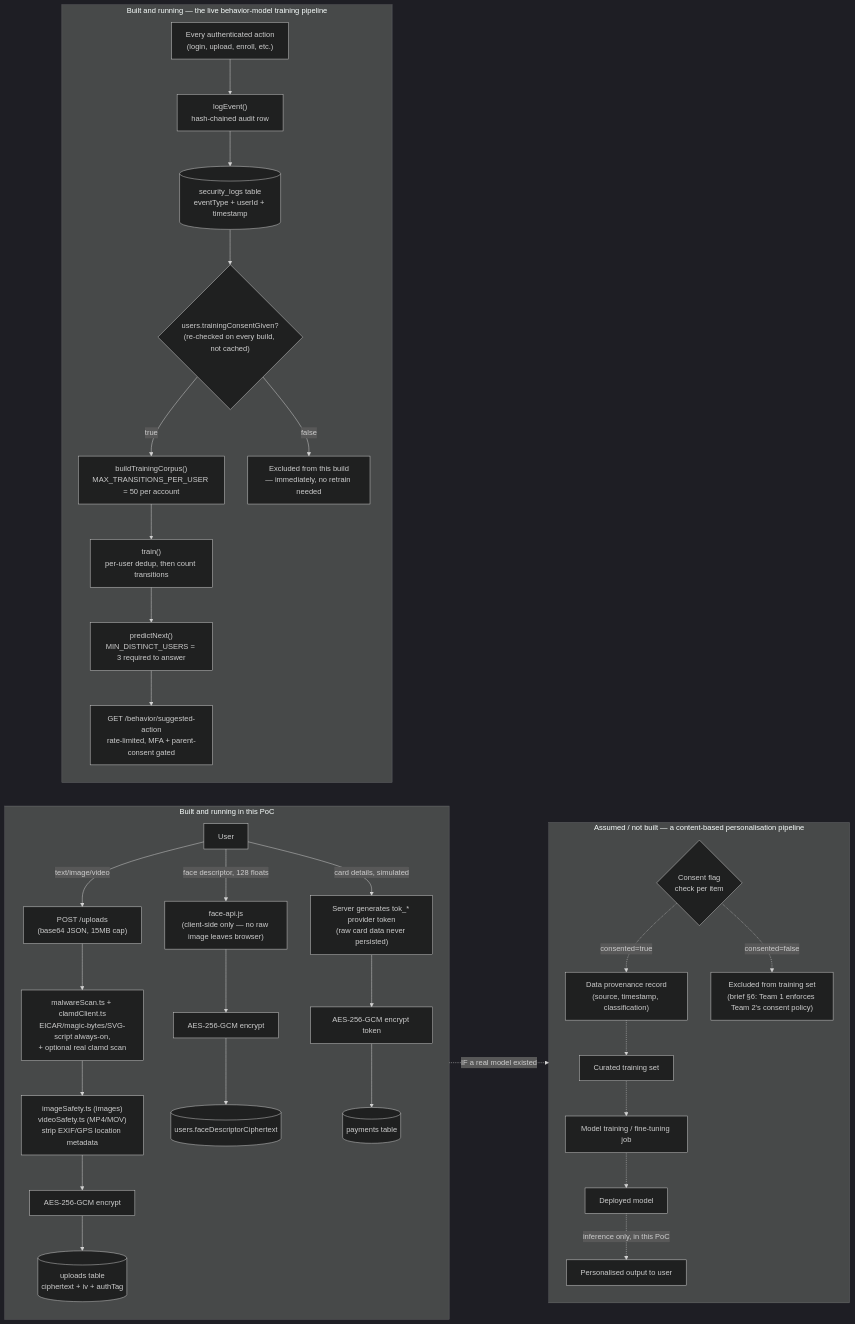
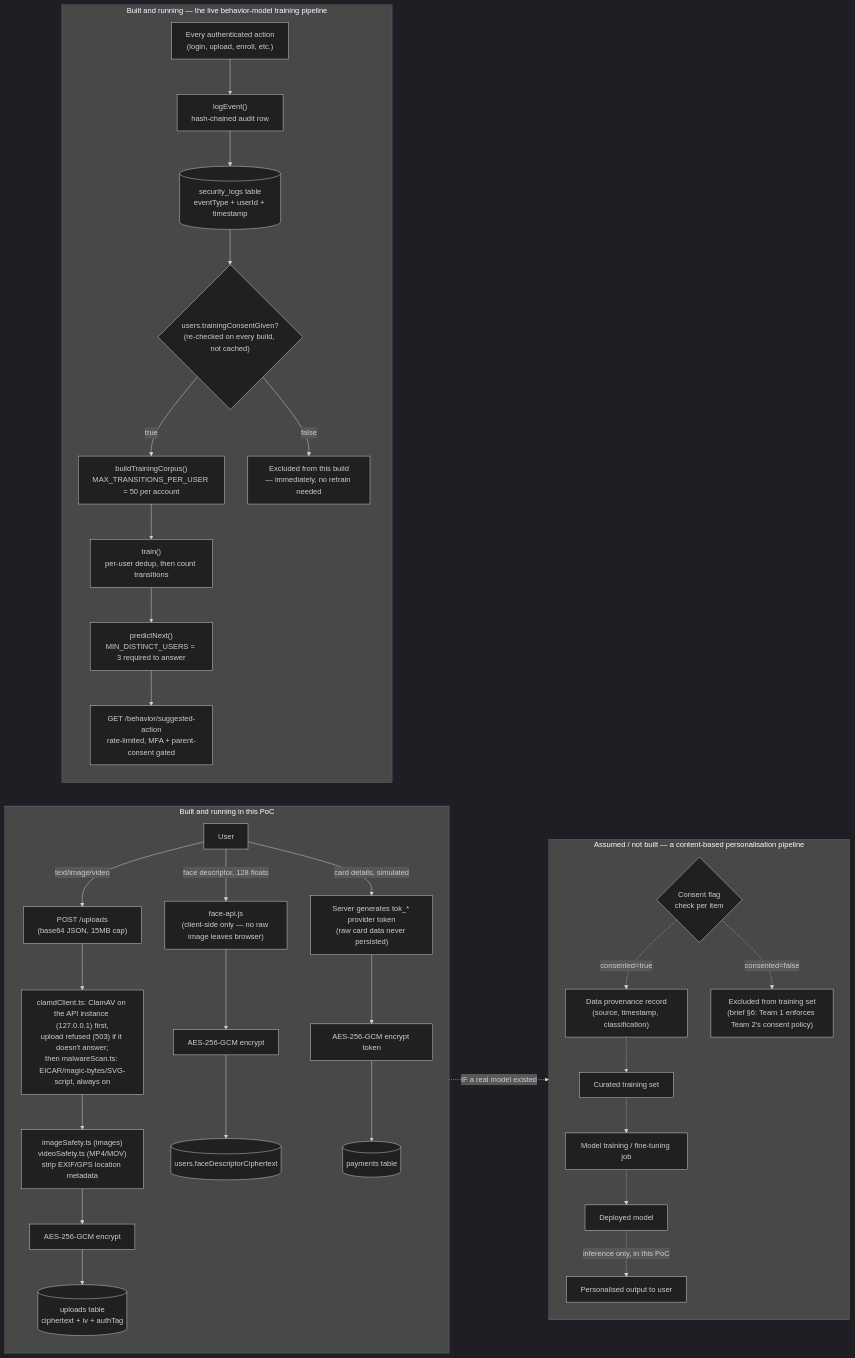
The diagram in docs/03_Data_Flow.md (choudharyprafful/Biometric-Authentication), drawn with Mermaid (dark theme) before and after one commit. The commit also changed 16 other files, not shown here.

First line of the commit message:
Scan uploads with ClamAV on the API instance, and refuse uploads when it is down

````diff
--- a/docs/03_Data_Flow.md
+++ b/docs/03_Data_Flow.md
@@ -18,43 +18,43 @@
 ```mermaid
 flowchart LR
     subgraph Real["Built and running in this PoC"]
         direction TB
         U["User"] -->|text/image/video| Upload["POST /uploads<br/>(base64 JSON, 15MB cap)"]
-        Upload --> Scan["malwareScan.ts + clamdClient.ts<br/>EICAR/magic-bytes/SVG-script always-on,<br/>+ optional real clamd scan"]
+        Upload --> Scan["clamdClient.ts: ClamAV on the API instance (127.0.0.1) first,<br/>upload refused (503) if it doesn't answer;<br/>then malwareScan.ts: EICAR/magic-bytes/SVG-script, always on"]
         Scan --> ImgStrip["imageSafety.ts (images)<br/>videoSafety.ts (MP4/MOV)<br/>strip EXIF/GPS location metadata"]
         ImgStrip --> Enc["AES-256-GCM encrypt"]
         Enc --> UploadsDB[("uploads table<br/>ciphertext + iv + authTag")]
 
         U -->|face descriptor, 128 floats| FaceCap["face-api.js<br/>(client-side only — no raw image leaves browser)"]
         FaceCap --> EncFace["AES-256-GCM encrypt"]
         EncFace --> UsersDB[("users.faceDescriptorCiphertext")]
 
         U -->|card details, simulated| Tokenise["Server generates tok_* provider token<br/>(raw card data never persisted)"]
         Tokenise --> EncPay["AES-256-GCM encrypt token"]
         EncPay --> PayDB[("payments table")]
     end
 
     subgraph BehaviorReal["Built and running — the live behavior-model training pipeline"]
         direction TB
         Activity["Every authenticated action<br/>(login, upload, enroll, etc.)"] --> LogEvent["logEvent()<br/>hash-chained audit row"]
         LogEvent --> LogsDB[("security_logs table<br/>eventType + userId + timestamp")]
         ConsentFlag{"users.trainingConsentGiven?<br/>(re-checked on every build, not cached)"}
         LogsDB --> ConsentFlag
         ConsentFlag -->|true| PerUserCap["buildTrainingCorpus()<br/>MAX_TRANSITIONS_PER_USER = 50 per account"]
         ConsentFlag -->|false| ExcludedReal["Excluded from this build<br/>— immediately, no retrain needed"]
         PerUserCap --> Train["train()<br/>per-user dedup, then count transitions"]
         Train --> Threshold["predictNext()<br/>MIN_DISTINCT_USERS = 3 required to answer"]
         Threshold --> Serve["GET /behavior/suggested-action<br/>rate-limited, MFA + parent-consent gated"]
     end
 
     subgraph Assumed["Assumed / not built — a content-based personalisation pipeline"]
         direction TB
         UploadsDB -.->|"IF a real model existed"| Consent{"Consent flag<br/>check per item"}
         Consent -.->|consented=true| Provenance["Data provenance record<br/>(source, timestamp, classification)"]
         Consent -.->|consented=false| Blocked["Excluded from training set<br/>(brief §6: Team 1 enforces Team 2's consent policy)"]
         Provenance -.-> TrainSet["Curated training set"]
         TrainSet -.-> Training["Model training / fine-tuning job"]
         Training -.-> Model["Deployed model"]
         Model -.->|inference only, in this PoC| Personalise["Personalised output to user"]
     end
 ```
````
